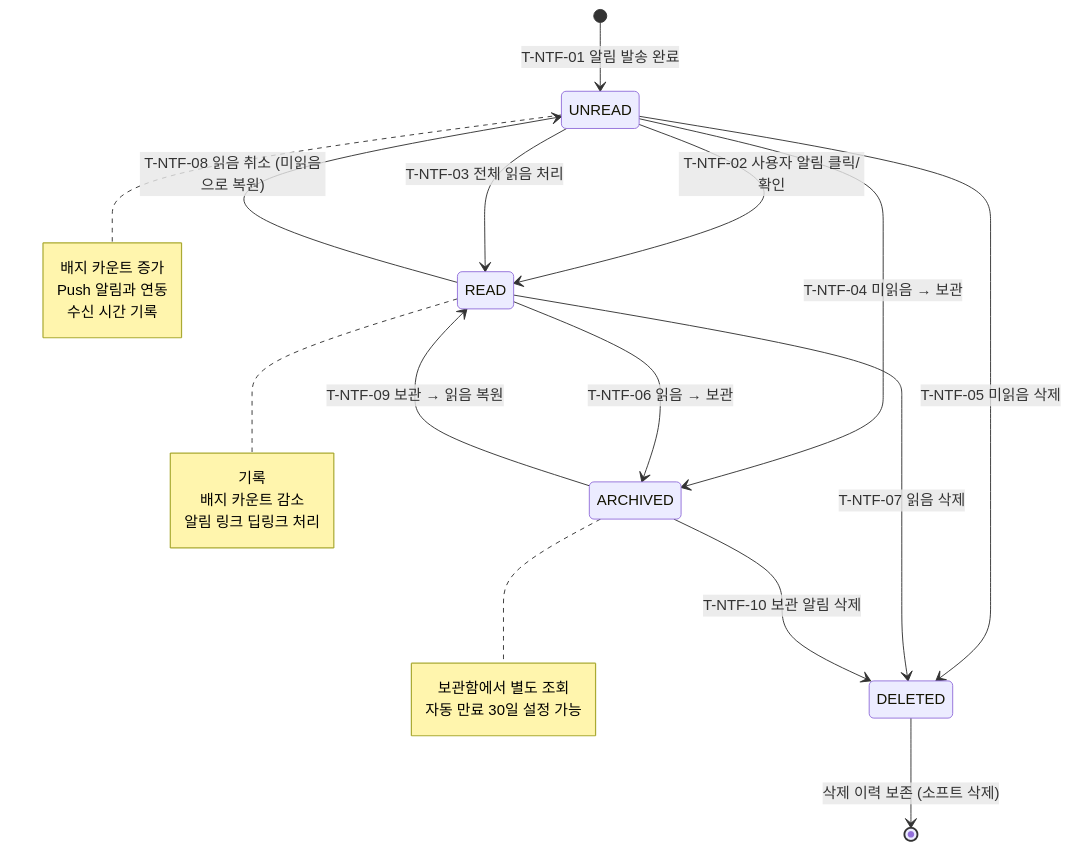
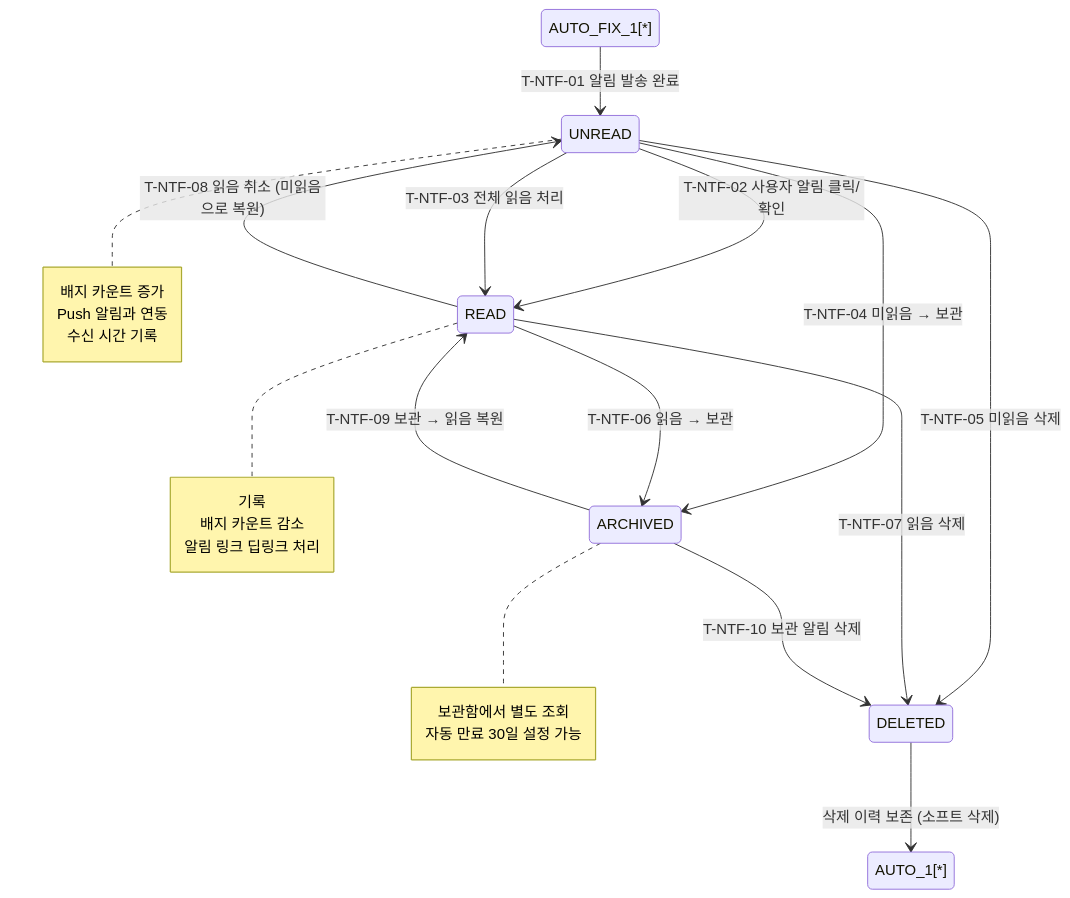
The diagram in docs/admin/다이어그램/20_상태전이도/20-14_NotificationStatus.md (dev-spogym/admin-pando), drawn with Mermaid before and after one commit. The commit also changed 369 other files, not shown here.

````diff
--- a/docs/admin/다이어그램/20_상태전이도/20-14_NotificationStatus.md
+++ b/docs/admin/다이어그램/20_상태전이도/20-14_NotificationStatus.md
@@ -31,35 +31,35 @@
 ```mermaid
 stateDiagram-v2
-    [*] --> UNREAD : T-NTF-01 알림 발송 완료
+    AUTO_FIX_1[*] --> UNREAD : T-NTF-01 알림 발송 완료
 
     UNREAD --> READ : T-NTF-02 사용자 알림 클릭/확인
     UNREAD --> READ : T-NTF-03 전체 읽음 처리
     UNREAD --> ARCHIVED : T-NTF-04 미읽음 → 보관
     UNREAD --> DELETED : T-NTF-05 미읽음 삭제
 
     READ --> ARCHIVED : T-NTF-06 읽음 → 보관
     READ --> DELETED : T-NTF-07 읽음 삭제
     READ --> UNREAD : T-NTF-08 읽음 취소 (미읽음으로 복원)
 
     ARCHIVED --> READ : T-NTF-09 보관 → 읽음 복원
     ARCHIVED --> DELETED : T-NTF-10 보관 알림 삭제
 
-    DELETED --> [*] : 삭제 이력 보존 (소프트 삭제)
+    DELETED --> AUTO_1[*] : 삭제 이력 보존 (소프트 삭제)
 
     note right of UNREAD
         배지 카운트 증가
         Push 알림과 연동
         수신 시간 기록
     end note
 
     note right of READ
          기록
         배지 카운트 감소
         알림 링크 딥링크 처리
     end note
 
     note right of ARCHIVED
         보관함에서 별도 조회
         자동 만료 30일 설정 가능
     end note
 ```
````
